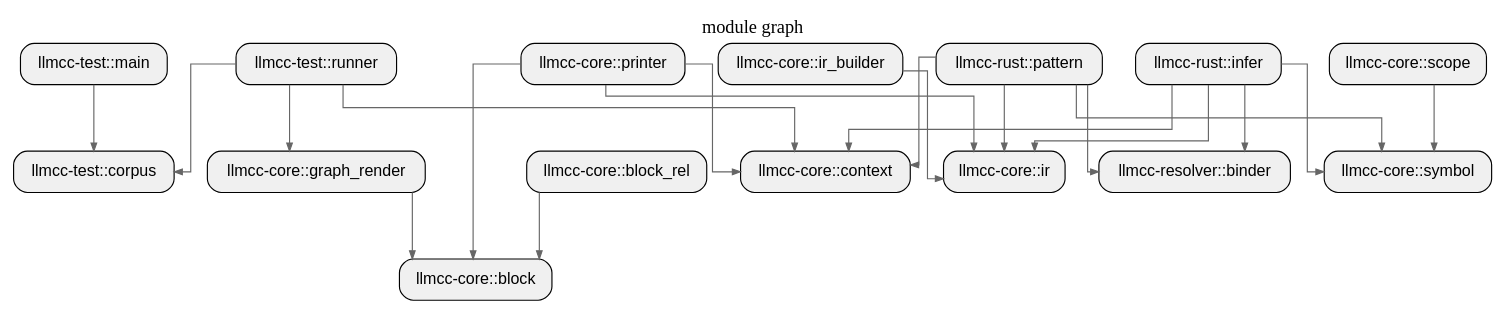
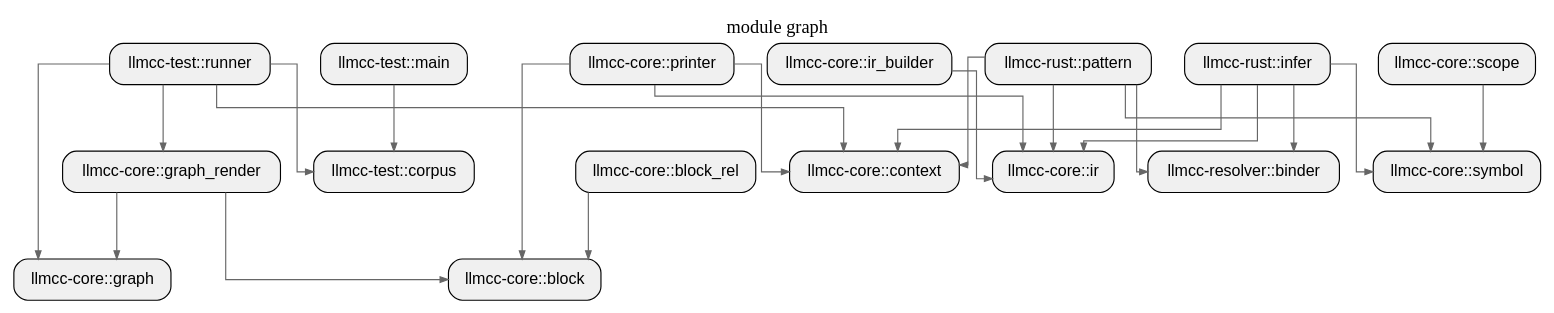
The diagram in sample/llmcc-pagerank/depth_2_module.dot (allenanswerzq/llmcc), drawn with Graphviz before and after one commit. The commit also changed 211 other files, not shown here.

```diff
--- a/sample/llmcc-pagerank/depth_2_module.dot
+++ b/sample/llmcc-pagerank/depth_2_module.dot
@@ -1,52 +1,55 @@
 digraph architecture {
   // Layout settings
   rankdir=TB;
   ranksep=0.8;
   nodesep=0.4;
   splines=ortho;
   concentrate=true;
 
   node [shape=box, style="rounded,filled", fillcolor="#f0f0f0", fontname="Helvetica"];
   edge [color="#666666", arrowsize=0.7];
 
   label="module graph";
   labelloc=t;
   fontsize=16;
   fontname="Helvetica Bold";
 
   mod_llmcc_core_block[label="llmcc-core::block"];
   mod_llmcc_core_block_rel[label="llmcc-core::block_rel"];
   mod_llmcc_core_context[label="llmcc-core::context"];
+  mod_llmcc_core_graph[label="llmcc-core::graph"];
   mod_llmcc_core_graph_render[label="llmcc-core::graph_render"];
   mod_llmcc_core_ir[label="llmcc-core::ir"];
   mod_llmcc_core_ir_builder[label="llmcc-core::ir_builder"];
   mod_llmcc_core_printer[label="llmcc-core::printer"];
   mod_llmcc_core_scope[label="llmcc-core::scope"];
   mod_llmcc_core_symbol[label="llmcc-core::symbol"];
   mod_llmcc_resolver_binder[label="llmcc-resolver::binder"];
   mod_llmcc_rust_infer[label="llmcc-rust::infer"];
   mod_llmcc_rust_pattern[label="llmcc-rust::pattern"];
   mod_llmcc_test_corpus[label="llmcc-test::corpus"];
   mod_llmcc_test_main[label="llmcc-test::main"];
   mod_llmcc_test_runner[label="llmcc-test::runner"];
 
   mod_llmcc_core_block_rel -> mod_llmcc_core_block;
   mod_llmcc_core_graph_render -> mod_llmcc_core_block;
+  mod_llmcc_core_graph_render -> mod_llmcc_core_graph;
   mod_llmcc_core_ir_builder -> mod_llmcc_core_ir;
   mod_llmcc_core_printer -> mod_llmcc_core_block;
   mod_llmcc_core_printer -> mod_llmcc_core_context;
   mod_llmcc_core_printer -> mod_llmcc_core_ir;
   mod_llmcc_core_scope -> mod_llmcc_core_symbol;
   mod_llmcc_rust_infer -> mod_llmcc_core_context;
   mod_llmcc_rust_infer -> mod_llmcc_core_ir;
   mod_llmcc_rust_infer -> mod_llmcc_core_symbol;
   mod_llmcc_rust_infer -> mod_llmcc_resolver_binder;
   mod_llmcc_rust_pattern -> mod_llmcc_core_context;
   mod_llmcc_rust_pattern -> mod_llmcc_core_ir;
   mod_llmcc_rust_pattern -> mod_llmcc_core_symbol;
   mod_llmcc_rust_pattern -> mod_llmcc_resolver_binder;
   mod_llmcc_test_main -> mod_llmcc_test_corpus;
   mod_llmcc_test_runner -> mod_llmcc_core_context;
+  mod_llmcc_test_runner -> mod_llmcc_core_graph;
   mod_llmcc_test_runner -> mod_llmcc_core_graph_render;
   mod_llmcc_test_runner -> mod_llmcc_test_corpus;
 }
```
